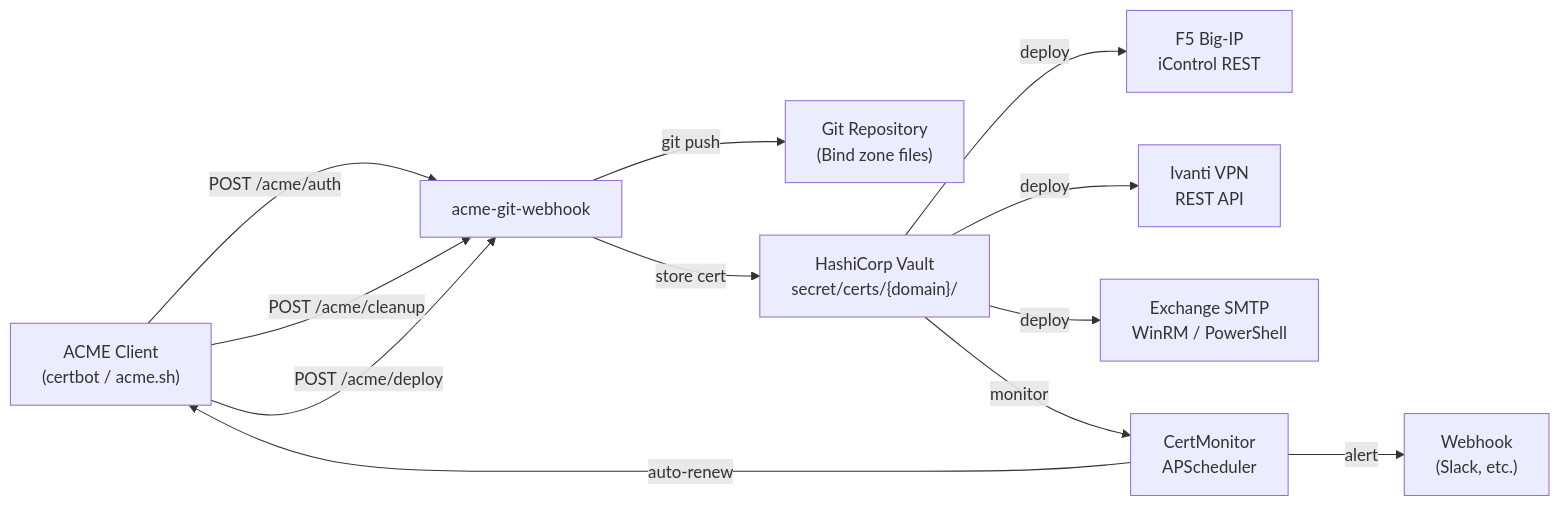
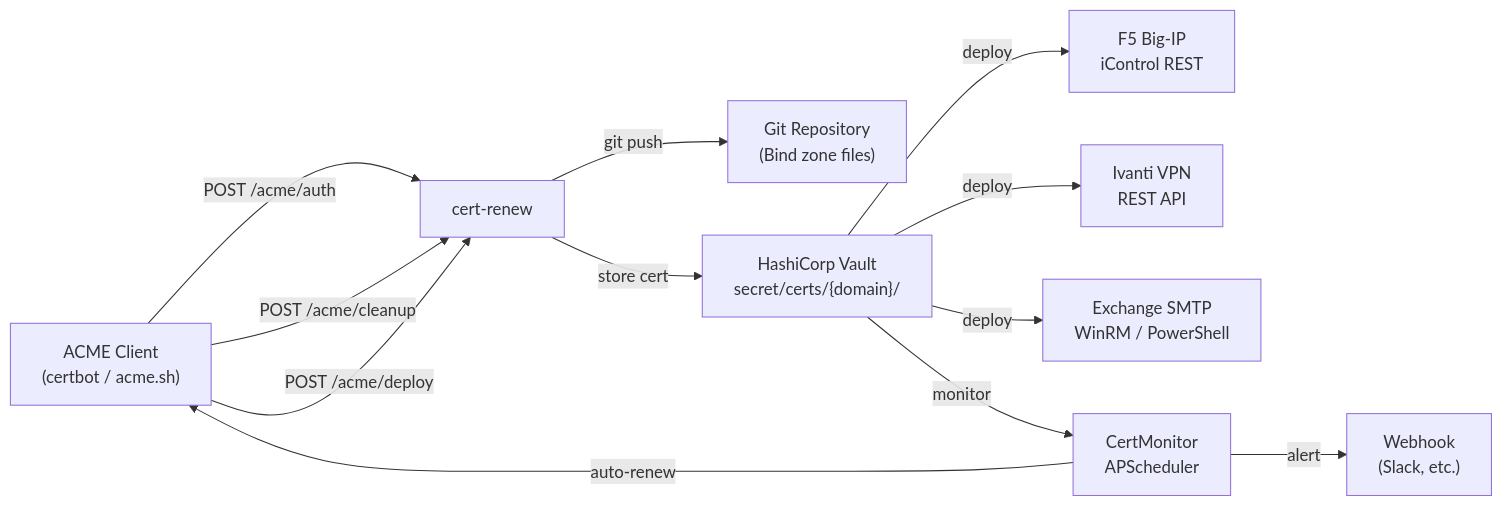
One commit to ckyvra/acme-git-webhook changed the diagram in docs/index.md. Above: the diagram before and after it, drawn with Mermaid. The commit also changed other lines of this file and 36 other files, not shown here.

First line of the commit message:
chore: rename project from acme-git-webhook to cert-renew (#107)

````diff
--- a/docs/index.md
+++ b/docs/index.md
@@ -13,17 +13,17 @@
 ```mermaid
 flowchart LR
-    ACME["ACME Client<br/>(certbot / acme.sh)"] -->|POST /acme/auth| WH["acme-git-webhook"]
+    ACME["ACME Client<br/>(certbot / acme.sh)"] -->|POST /acme/auth| WH["cert-renew"]
     ACME -->|POST /acme/cleanup| WH
     ACME -->|POST /acme/deploy| WH
 
     WH -->|git push| GIT["Git Repository<br/>(Bind zone files)"]
     WH -->|store cert| VAULT["HashiCorp Vault<br/>secret/certs/{domain}/"]
 
     VAULT -->|deploy| F5["F5 Big-IP<br/>iControl REST"]
     VAULT -->|deploy| IV["Ivanti VPN<br/>REST API"]
     VAULT -->|deploy| EX["Exchange SMTP<br/>WinRM / PowerShell"]
     VAULT -->|monitor| MON["CertMonitor<br/>APScheduler"]
 
     MON -->|alert| ALERT["Webhook<br/>(Slack, etc.)"]
     MON -->|auto-renew| ACME
 ```
````
